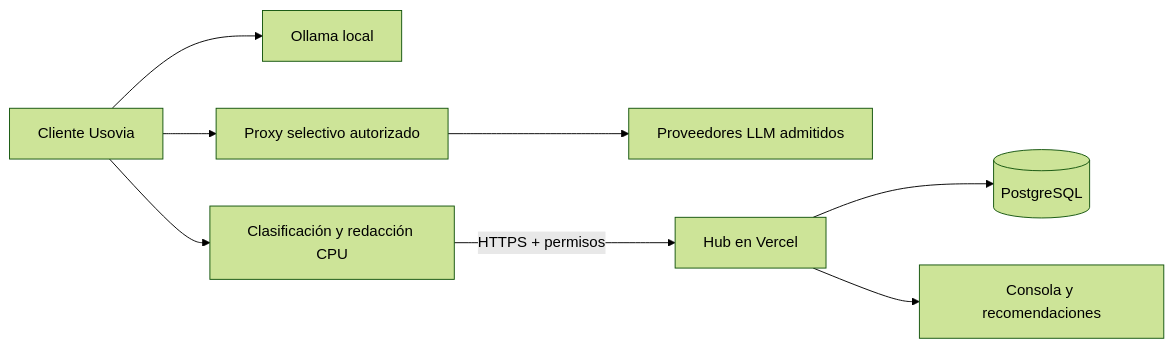
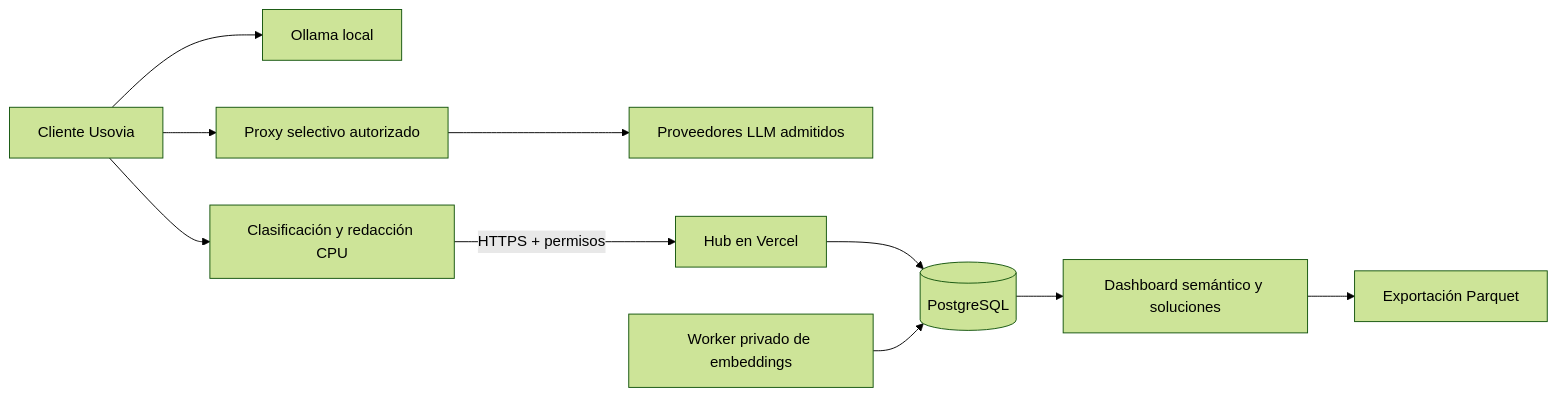
Before and after one commit to vtomasv/usovia: the diagram in README.md, drawn with Mermaid (forest theme). The commit also changed other lines of this file and 29 other files, not shown here.

````diff
--- a/README.md
+++ b/README.md
@@ -29,10 +33,12 @@
 ```mermaid
 flowchart LR
   Client[Cliente Usovia] --> Engine[Ollama local]
   Client --> Proxy[Proxy selectivo autorizado]
   Proxy --> Providers[Proveedores LLM admitidos]
   Client --> Rules[Clasificación y redacción CPU]
   Rules -->|HTTPS + permisos| Hub[Hub en Vercel]
   Hub --> DB[(PostgreSQL)]
-  Hub --> Console[Consola y recomendaciones]
+  Worker[Worker privado de embeddings] --> DB
+  DB --> Console[Dashboard semántico y soluciones]
+  Console --> Parquet[Exportación Parquet]
 ```
````
